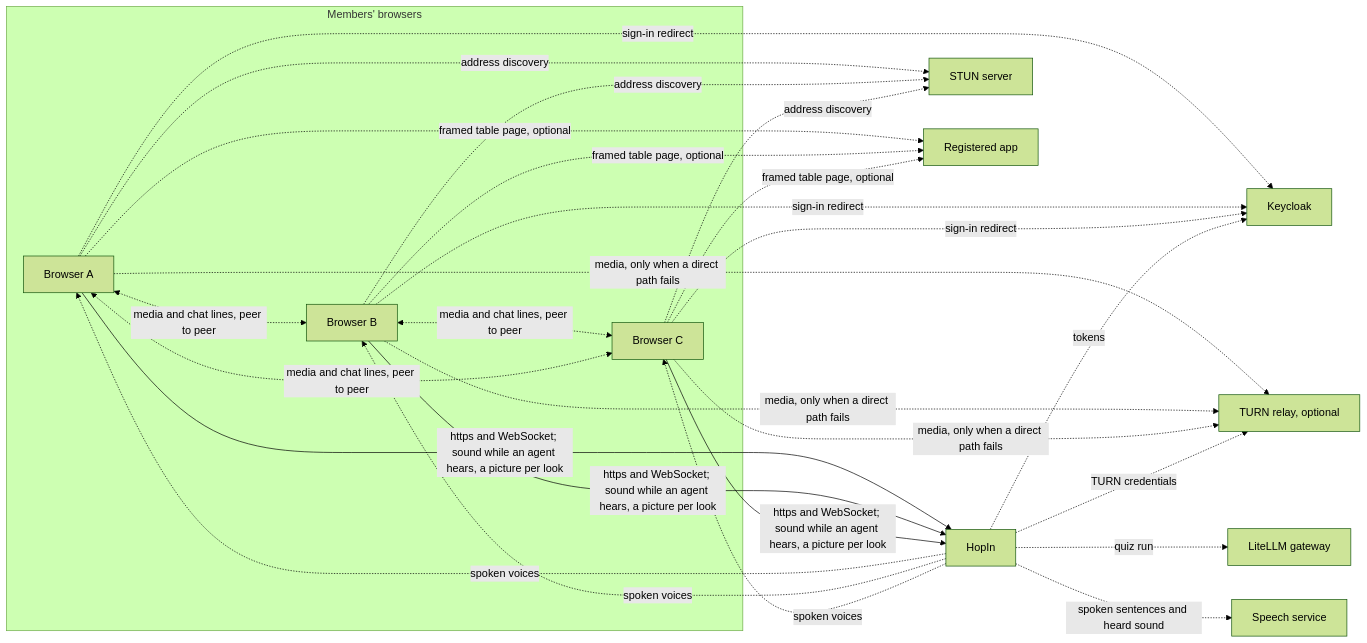
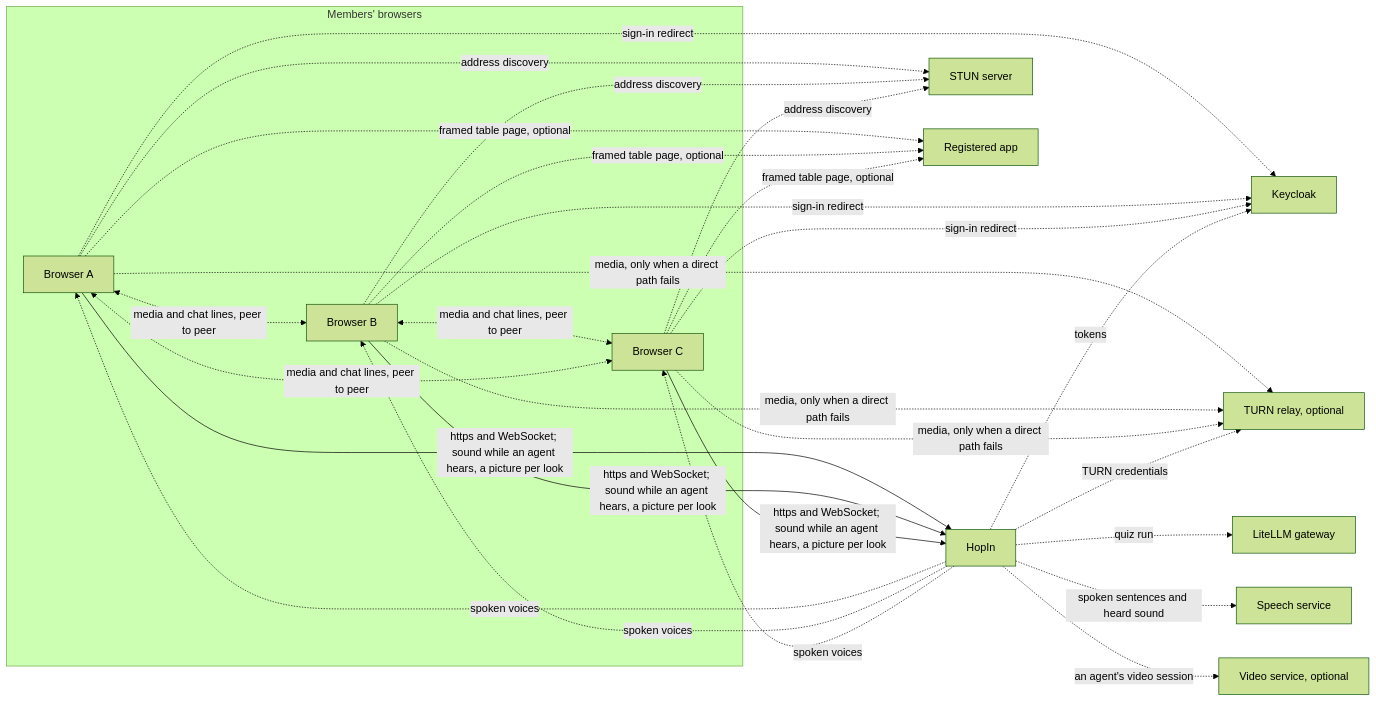
One commit to overnightworks/hopin changed the first of 4 diagrams in docs/ARCHITECTURE.md. Above: the diagram before and after it, drawn with Mermaid (forest theme). The commit also changed other lines of this file and 29 other files, not shown here.

````diff
--- a/docs/ARCHITECTURE.md
+++ b/docs/ARCHITECTURE.md
@@ -9,21 +9,22 @@
 ```mermaid
 flowchart LR
     subgraph members["Members' browsers"]
         A[Browser A]
         B[Browser B]
         C[Browser C]
     end
     A <-. "media and chat lines, peer to peer" .-> B
     B <-. "media and chat lines, peer to peer" .-> C
     A <-. "media and chat lines, peer to peer" .-> C
     A & B & C -- "https and WebSocket; sound while an agent hears, a picture per look" --> H[HopIn]
     H -. "spoken voices" .-> A & B & C
     A & B & C -. sign-in redirect .-> K[Keycloak]
     A & B & C -. address discovery .-> T[STUN server]
     A & B & C -. media, only when a direct path fails .-> R[TURN relay, optional]
     A & B & C -. "framed table page, optional" .-> SK[Registered app]
     H -. "tokens" .-> K
     H -. TURN credentials .-> R
     H -. quiz run .-> AG[LiteLLM gateway]
     H -. spoken sentences and heard sound .-> SP[Speech service]
+    H -. an agent's video session .-> VS[Video service, optional]
 ```
````
